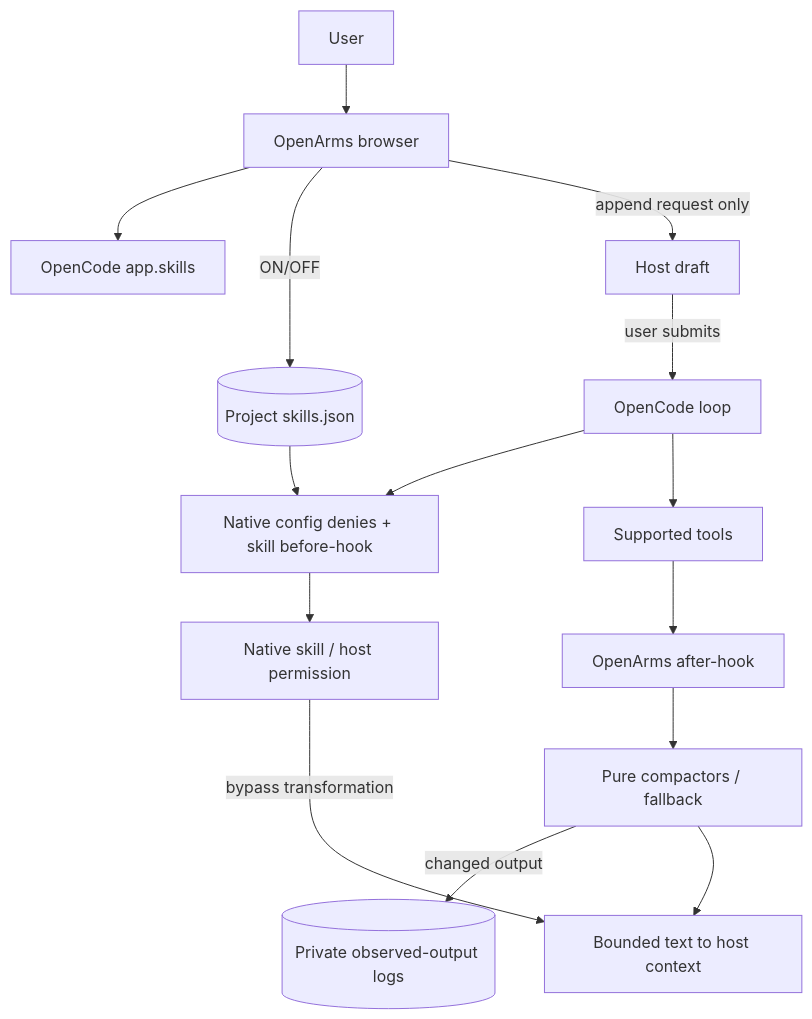
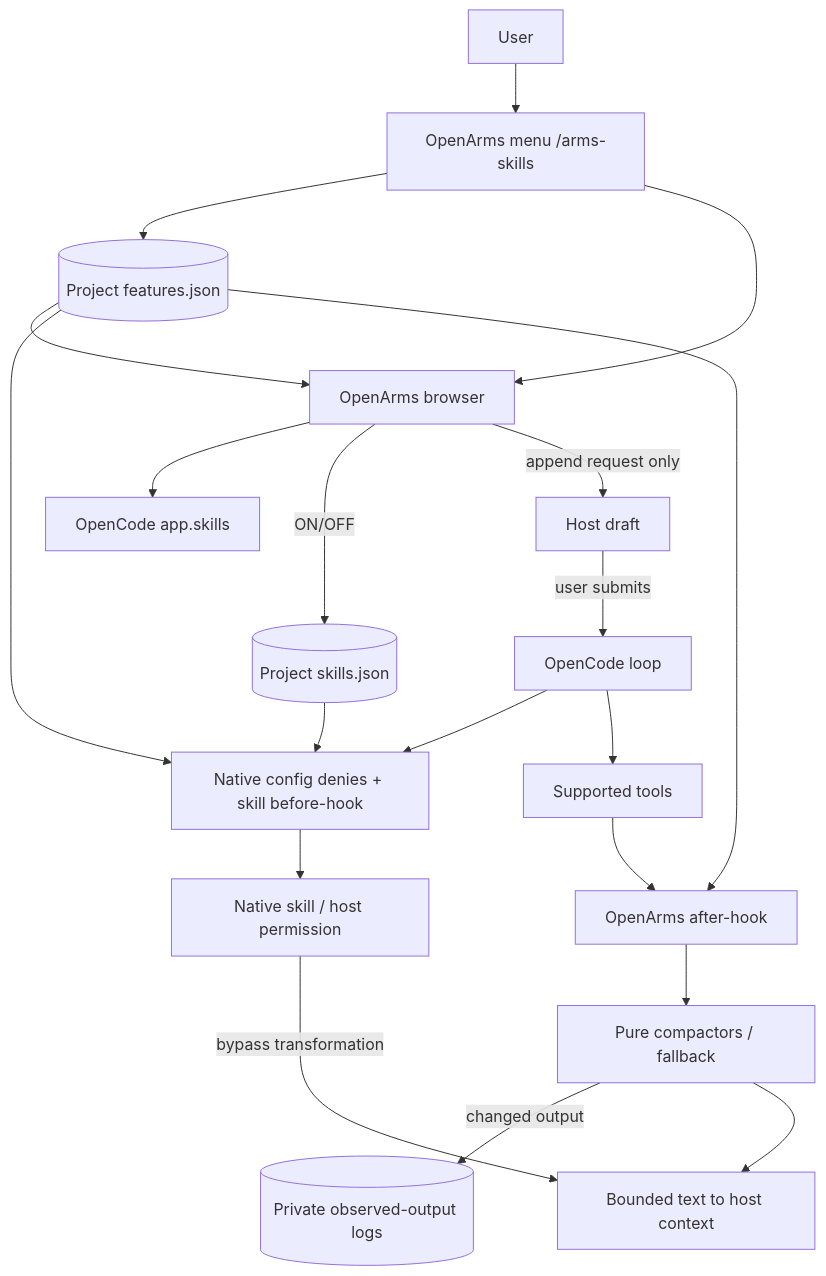
Before and after one commit to apase95/OpenArms: the diagram in docs/architecture.md, drawn with Mermaid. The commit also changed other lines of this file and 8 other files, not shown here.

````diff
--- a/docs/architecture.md
+++ b/docs/architecture.md
@@ -18,17 +18,22 @@
 ```mermaid
 flowchart TD
-    User[User] --> Browser[OpenArms browser]
+    User[User] --> Menu[OpenArms menu /arms-skills]
+    Menu --> Flags[(Project features.json)]
+    Menu --> Browser[OpenArms browser]
+    Flags --> Browser
+    Flags --> Deny
+    Flags --> Hook
     Browser --> Catalog[OpenCode app.skills]
     Browser -->|ON/OFF| Prefs[(Project skills.json)]
     Prefs --> Deny[Native config denies + skill before-hook]
     Browser -->|append request only| Draft[Host draft]
     Draft -->|user submits| Loop[OpenCode loop]
     Loop --> Deny
     Deny --> Skill[Native skill / host permission]
     Loop --> Tools[Supported tools]
     Tools --> Hook[OpenArms after-hook]
     Hook --> Parsers[Pure compactors / fallback]
     Parsers -->|changed output| Logs[(Private observed-output logs)]
     Parsers --> Context[Bounded text to host context]
     Skill -->|bypass transformation| Context
 ```
````
